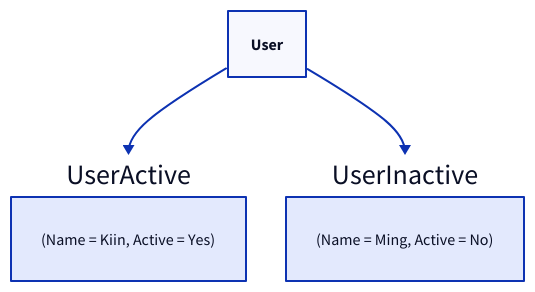
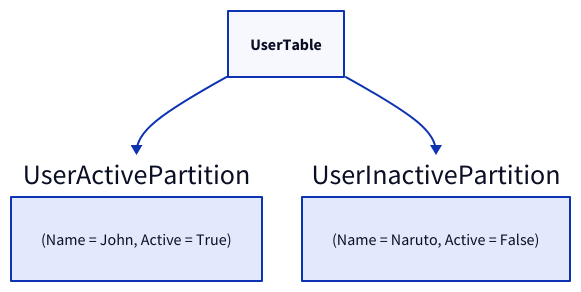
One commit to link1905/system-design-101 changed the sixth of 8 diagrams in content/docs/data-persistence/sql-database/query-optimization.md. Above: the diagram before and after it, drawn with D2. The commit also changed other lines of this file and 40 other files, not shown here.

````diff
--- a/content/docs/data-persistence/sql-database/query-optimization.md
+++ b/content/docs/data-persistence/sql-database/query-optimization.md
@@ -494,15 +500,15 @@
 ```d2
-u: "User"
-ua: "UserActive" {
+u: "UserTable"
+ua: "UserActivePartition" {
     t: |||md
-    (Name = Kiin, Active = Yes)
+    (Name = John, Active = True)
     |||
 }
-ui: "UserInactive"  {
+ui: "UserInactivePartition"  {
     t: |||md
-    (Name = Ming, Active = No)
+    (Name = Naruto, Active = False)
     |||
 }
 u -> ui
 u -> ua
 ```
````
